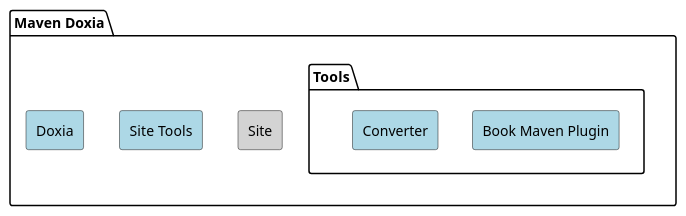
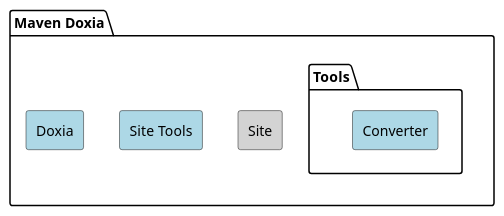
Before and after one commit to apache/maven-site: the diagram in src/plantuml/maven-sources/doxia.puml, drawn with PlantUML.

Commit message:
Remove Doxia-Book-Maven-Plugin from Doxia PUML (#1586)

```diff
--- a/src/plantuml/maven-sources/doxia.puml
+++ b/src/plantuml/maven-sources/doxia.puml
@@ -19,31 +19,29 @@
 @startuml
 
 <style>
     rectangle {
         BackgroundColor LightBlue
     }
 }
 </style>
 
 package "Maven Doxia" {
   rectangle Doxia
   rectangle "Site Tools"
   rectangle Site #LightGrey
   package Tools {
-    rectangle "Book Maven Plugin"
     rectangle Converter
   }
 }
 
 'hidden dependencies to change layout
 Doxia -[hidden]right-> "Site Tools"
 "Site Tools" -[hidden]right-> Site
 "Site Tools" -[hidden]right-> Tools
 
 url of Doxia is [[https://github.com/apache/maven-doxia]]
 url of "Site Tools" is [[https://github.com/apache/maven-doxia-sitetools]]
 url of Site is [[https://github.com/apache/maven-doxia-site]]
-url of "Book Maven Plugin" is [[https://github.com/apache/maven-doxia-book-maven-plugin]]
 url of Converter is [[https://github.com/apache/maven-doxia-converter]]
 
 @enduml
```
